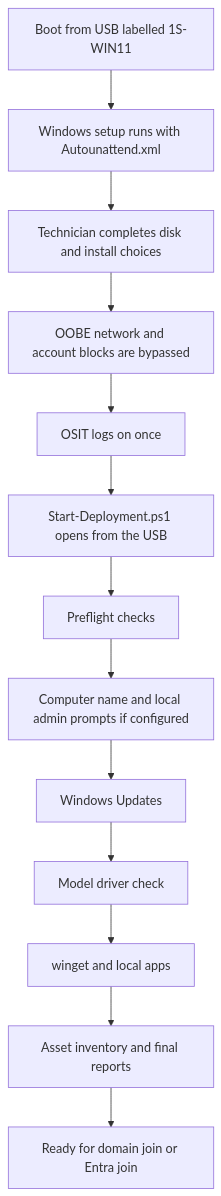
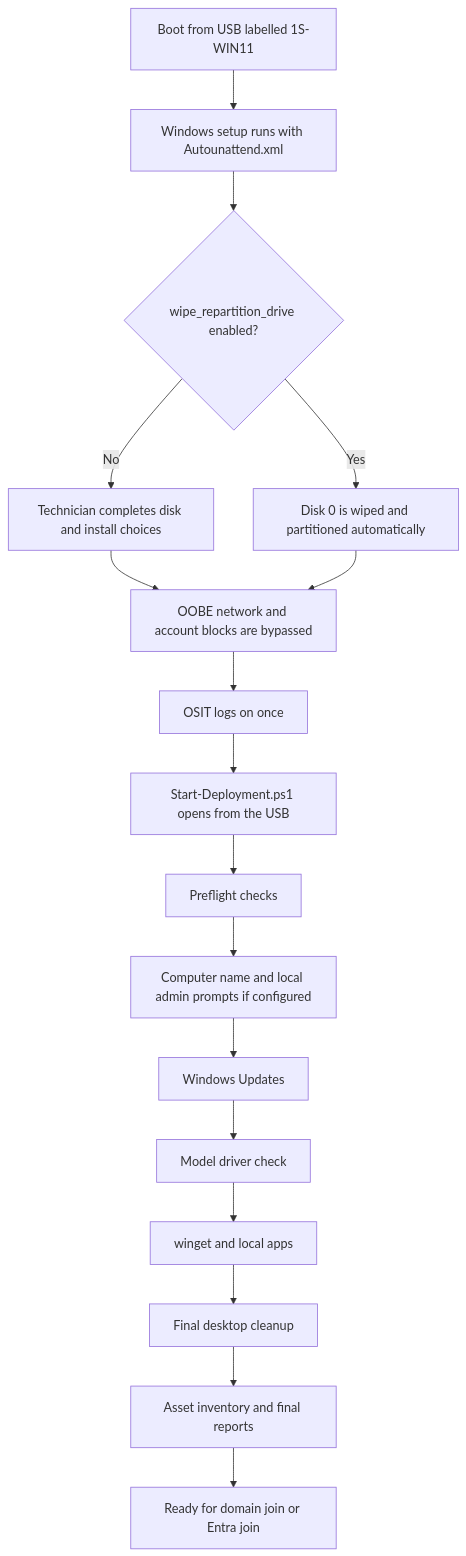
One commit to robin-collins/Win11-USB changed the first of 2 diagrams in README.md. Above: the diagram before and after it, drawn with Mermaid. The commit also changed other lines of this file and 9 other files, not shown here.

Commit message:
feat: implement desktop item synchronization and package deployment infrastructure

````diff
--- a/README.md
+++ b/README.md
@@ -11,15 +11,19 @@
 ```mermaid
 flowchart TD
   A["Boot from USB labelled 1S-WIN11"] --> B["Windows setup runs with Autounattend.xml"]
-  B --> C["Technician completes disk and install choices"]
-  C --> D["OOBE network and account blocks are bypassed"]
-  D --> E["OSIT logs on once"]
-  E --> F["Start-Deployment.ps1 opens from the USB"]
-  F --> G["Preflight checks"]
-  G --> H["Computer name and local admin prompts if configured"]
-  H --> I["Windows Updates"]
-  I --> J["Model driver check"]
-  J --> K["winget and local apps"]
-  K --> L["Asset inventory and final reports"]
-  L --> M["Ready for domain join or Entra join"]
+  B --> C{"wipe_repartition_drive enabled?"}
+  C -->|"No"| D["Technician completes disk and install choices"]
+  C -->|"Yes"| E["Disk 0 is wiped and partitioned automatically"]
+  D --> F["OOBE network and account blocks are bypassed"]
+  E --> F
+  F --> G["OSIT logs on once"]
+  G --> H["Start-Deployment.ps1 opens from the USB"]
+  H --> I["Preflight checks"]
+  I --> J["Computer name and local admin prompts if configured"]
+  J --> K["Windows Updates"]
+  K --> L["Model driver check"]
+  L --> M["winget and local apps"]
+  M --> N["Final desktop cleanup"]
+  N --> O["Asset inventory and final reports"]
+  O --> P["Ready for domain join or Entra join"]
 ```
````
